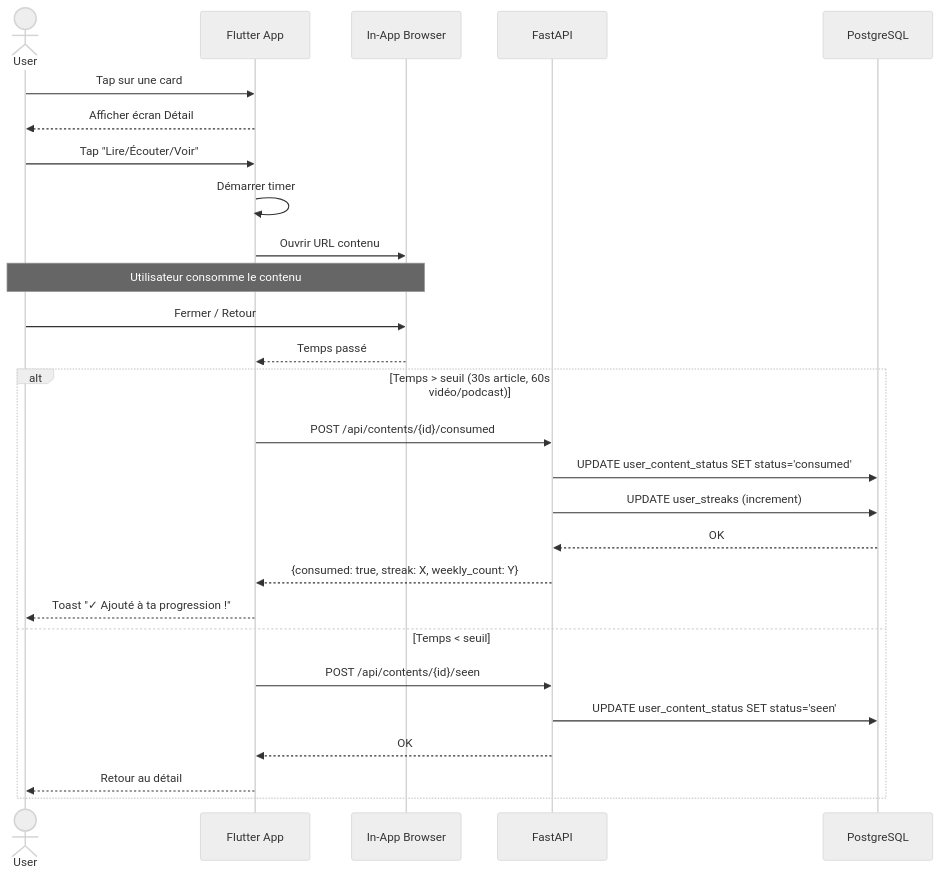
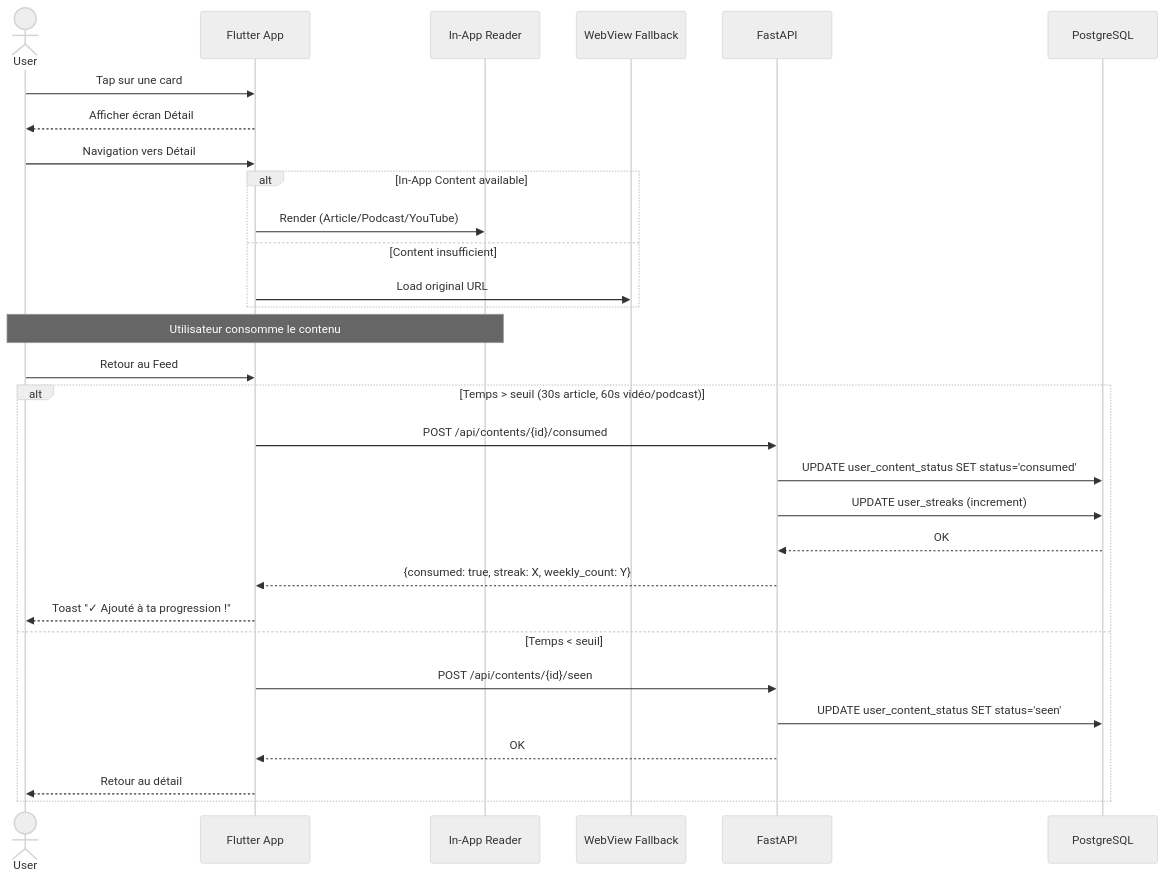
One commit to boujonlaurin-dotcom/facteur changed the sixth of 7 diagrams in docs/architecture.md. Above: the diagram before and after it, drawn with Mermaid (neutral theme). The commit also changed other lines of this file and 26 other files, not shown here.

Commit message:
feat: implement in-app reading mode and fix web platform issues (Story 5.2)

````diff
--- a/docs/architecture.md
+++ b/docs/architecture.md
@@ -683,34 +695,38 @@
 ```mermaid
 sequenceDiagram
     actor User
     participant App as Flutter App
-    participant WebView as In-App Browser
+    participant Reader as In-App Reader
+    participant WebView as WebView Fallback
     participant API as FastAPI
     participant DB as PostgreSQL
 
     User->>App: Tap sur une card
     App-->>User: Afficher écran Détail
     
-    User->>App: Tap "Lire/Écouter/Voir"
-    App->>App: Démarrer timer
-    App->>WebView: Ouvrir URL contenu
+    User->>App: Navigation vers Détail
     
-    Note over User,WebView: Utilisateur consomme le contenu
+    alt In-App Content available
+        App->>Reader: Render (Article/Podcast/YouTube)
+    else Content insufficient
+        App->>WebView: Load original URL
+    end
     
-    User->>WebView: Fermer / Retour
-    WebView-->>App: Temps passé
+    Note over User,Reader: Utilisateur consomme le contenu
+    
+    User->>App: Retour au Feed
     
     alt Temps > seuil (30s article, 60s vidéo/podcast)
         App->>API: POST /api/contents/{id}/consumed
         API->>DB: UPDATE user_content_status SET status='consumed'
         API->>DB: UPDATE user_streaks (increment)
         DB-->>API: OK
         API-->>App: {consumed: true, streak: X, weekly_count: Y}
         App-->>User: Toast "✓ Ajouté à ta progression !"
     else Temps < seuil
         App->>API: POST /api/contents/{id}/seen
         API->>DB: UPDATE user_content_status SET status='seen'
         API-->>App: OK
         App-->>User: Retour au détail
     end
 ```
````
